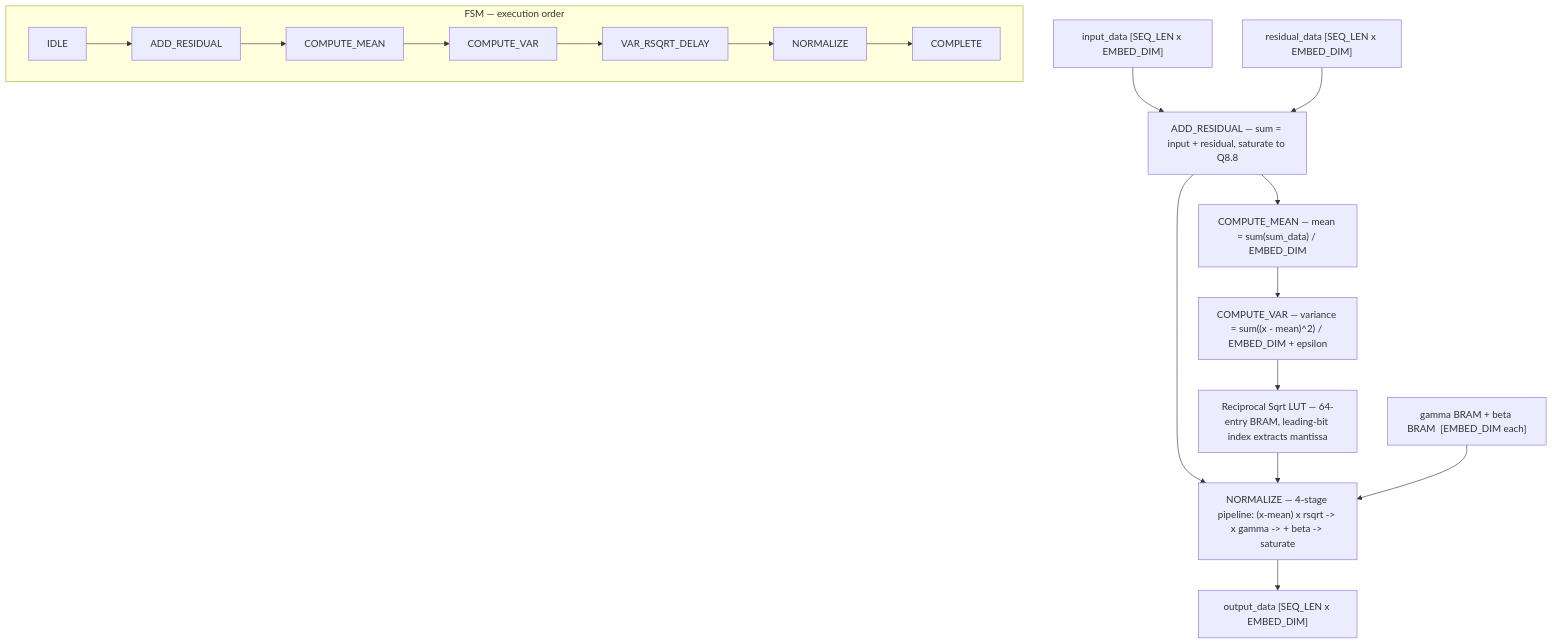
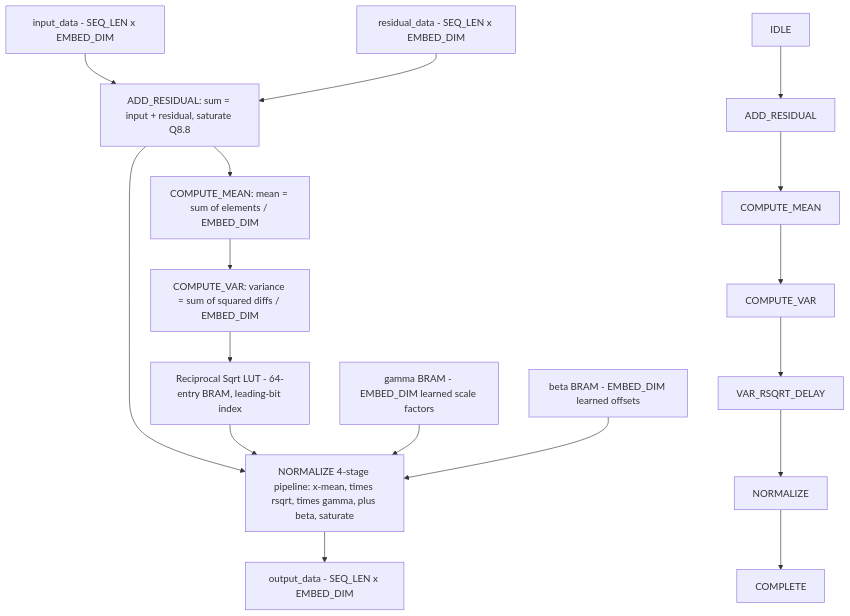
The first of 7 diagrams in report/05b_hardware_validation.md (Fluxx7/FPGA-Transformer-Acceleration), drawn with Mermaid before and after one commit. The commit also changed other lines of this file, not shown here.

First line of the commit message:
Simplify Mermaid diagrams for VS Code preview compatibility

````diff
--- a/report/05b_hardware_validation.md
+++ b/report/05b_hardware_validation.md
@@ -41,23 +41,26 @@
 ```mermaid
 graph TD
-    IN1["input_data [SEQ_LEN x EMBED_DIM]"]
-    IN2["residual_data [SEQ_LEN x EMBED_DIM]"]
+    IN1["input_data - SEQ_LEN x EMBED_DIM"]
+    IN2["residual_data - SEQ_LEN x EMBED_DIM"]
+    ADD["ADD_RESIDUAL: sum = input + residual, saturate Q8.8"]
+    MEAN["COMPUTE_MEAN: mean = sum of elements / EMBED_DIM"]
+    VAR["COMPUTE_VAR: variance = sum of squared diffs / EMBED_DIM"]
+    RSQRT["Reciprocal Sqrt LUT - 64-entry BRAM, leading-bit index"]
+    GAMMA["gamma BRAM - EMBED_DIM learned scale factors"]
+    BETA["beta BRAM - EMBED_DIM learned offsets"]
+    NORMPIPE["NORMALIZE 4-stage pipeline: x-mean, times rsqrt, times gamma, plus beta, saturate"]
+    OUT["output_data - SEQ_LEN x EMBED_DIM"]
 
-    ADD["ADD_RESIDUAL — sum = input + residual, saturate to Q8.8"]
-    MEAN["COMPUTE_MEAN — mean = sum(sum_data) / EMBED_DIM"]
-    VAR["COMPUTE_VAR — variance = sum((x - mean)^2) / EMBED_DIM + epsilon"]
-    RSQRT["Reciprocal Sqrt LUT — 64-entry BRAM, leading-bit index extracts mantissa"]
-    GB["gamma BRAM + beta BRAM  [EMBED_DIM each]"]
-    NORMPIPE["NORMALIZE — 4-stage pipeline: (x-mean) x rsqrt -> x gamma -> + beta -> saturate"]
-    OUT["output_data [SEQ_LEN x EMBED_DIM]"]
+    s0[IDLE] --> s1[ADD_RESIDUAL] --> s2[COMPUTE_MEAN] --> s3[COMPUTE_VAR] --> s4[VAR_RSQRT_DELAY] --> s5[NORMALIZE] --> s6[COMPLETE]
 
-    subgraph FSM["FSM — execution order"]
-        f0[IDLE] --> f1[ADD_RESIDUAL] --> f2[COMPUTE_MEAN] --> f3[COMPUTE_VAR] --> f4[VAR_RSQRT_DELAY] --> f5[NORMALIZE] --> f6[COMPLETE]
-    end
-
-    IN1 & IN2 --> ADD --> MEAN --> VAR --> RSQRT
+    IN1 --> ADD
+    IN2 --> ADD
+    ADD --> MEAN
+    MEAN --> VAR
+    VAR --> RSQRT
     ADD --> NORMPIPE
     RSQRT --> NORMPIPE
-    GB --> NORMPIPE
+    GAMMA --> NORMPIPE
+    BETA --> NORMPIPE
     NORMPIPE --> OUT
 ```
````
